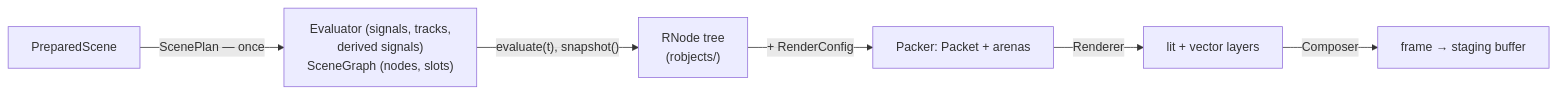
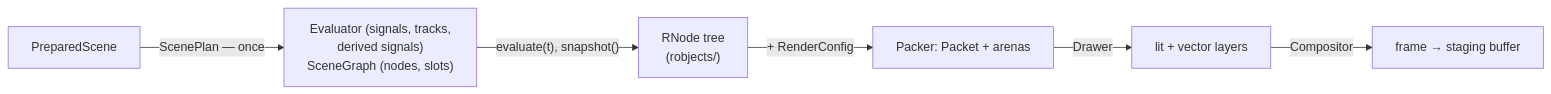
The sixth of 8 diagrams in manimx/ARCHITECTURE.md (MrDiver/manim), drawn with Mermaid before and after one commit. The commit also changed other lines of this file and 7 other files, not shown here.

````diff
--- a/manimx/ARCHITECTURE.md
+++ b/manimx/ARCHITECTURE.md
@@ -554,8 +554,8 @@
 ```mermaid
 flowchart LR
     PS["PreparedScene"] -->|"ScenePlan — once"| Plan["Evaluator (signals, tracks,<br/>derived signals)<br/>SceneGraph (nodes, slots)"]
     Plan -->|"evaluate(t), snapshot()"| T["RNode tree<br/>(robjects/)"]
     T -->|"+ RenderConfig"| Pk["Packer: Packet + arenas"]
-    Pk -->|"Renderer"| L["lit + vector layers"]
-    L -->|"Composer"| F["frame → staging buffer"]
+    Pk -->|"Drawer"| L["lit + vector layers"]
+    L -->|"Compositor"| F["frame → staging buffer"]
 ```
````
